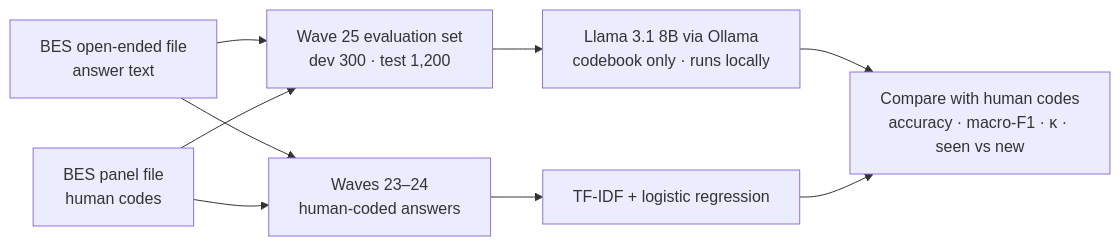
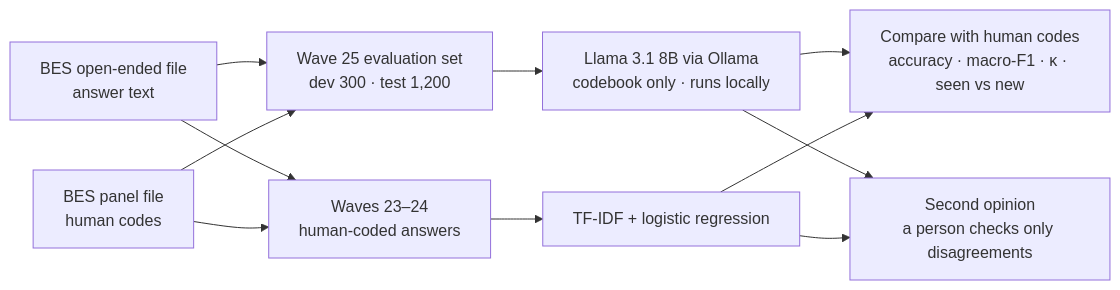
Before and after one commit to adeelmanaf43/ai-survey-coding-eval: the diagram in README.md, drawn with Mermaid. The commit also changed other lines of this file, not shown here.

Commit message:
Final test-set results, second-opinion check and updated README

````diff
--- a/README.md
+++ b/README.md
@@ -36,11 +43,13 @@
 ```mermaid
 flowchart LR
     S[BES open-ended file<br/>answer text] --> E[Wave 25 evaluation set<br/>dev 300 · test 1,200]
     P[BES panel file<br/>human codes] --> E
     S --> T[Waves 23–24<br/>human-coded answers]
     P --> T
     E --> L[Llama 3.1 8B via Ollama<br/>codebook only · runs locally]
     T --> B[TF-IDF + logistic regression]
     L --> M[Compare with human codes<br/>accuracy · macro-F1 · κ · seen vs new]
     B --> M
+    L --> R[Second opinion<br/>a person checks only disagreements]
+    B --> R
 ```
````
